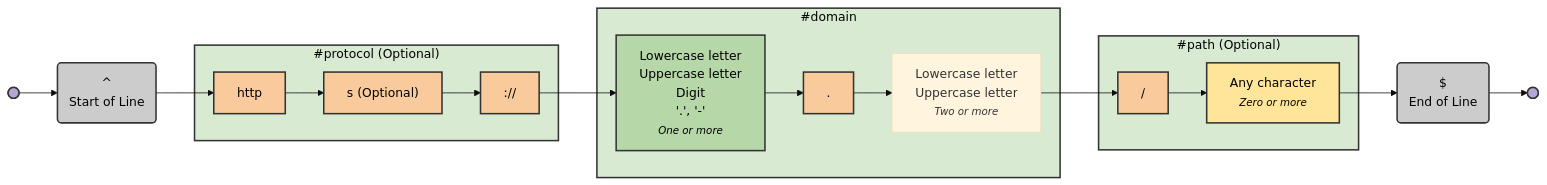
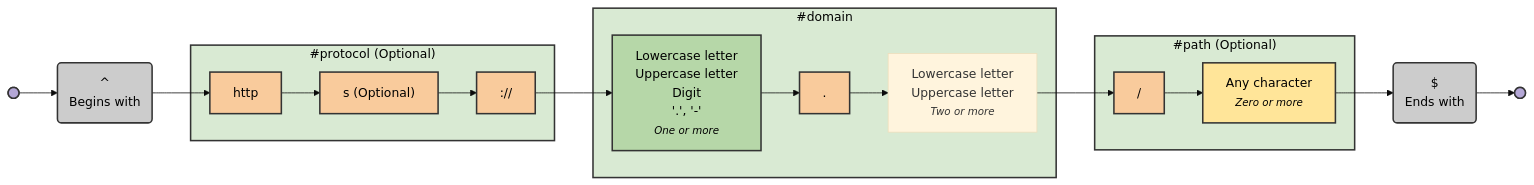
Before and after one commit to tayles/regex-to-mermaid: the diagram in README.md, drawn with Mermaid (base theme). The commit also changed 6 other files, not shown here.

```diff
--- a/README.md
+++ b/README.md
@@ -16,7 +16,7 @@
     start@{ shape: f-circ, label: "Start" };
     fin@{ shape: f-circ, label: "End" };
 
-    start_of_line("^<br>Start of Line");
+    start_of_line("^<br>Begins with");
     http["http"];
     s["s (Optional)"];
     colon_slash_slash["://"];
@@ -25,7 +25,7 @@
     tld["Lowercase letter<br>Uppercase letter<br><i><small>Two or more</small></i>"];
     slash["/"];
     any_char["Any character<br><i><small>Zero or more</small></i>"];
-    end_of_line("$<br>End of Line");
+    end_of_line("$<br>Ends with");
 
     %% Subgraphs
     subgraph protocol_group ["#protocol (Optional)"];
```
